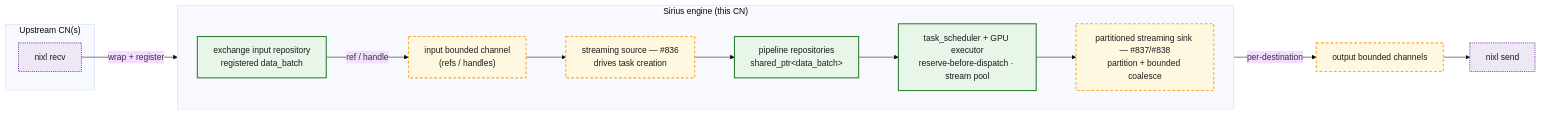
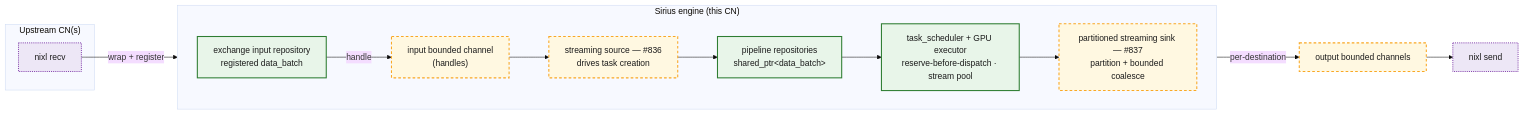
The sixth of 11 diagrams in experimental/starrocks/docs/exchange-design.md (sirius-db/sirius), drawn with Mermaid (base theme) before and after one commit. The commit also changed other lines of this file, not shown here.

First line of the commit message:
docs(starrocks): correct partition-hash regimes; settle channel ownership

````diff
--- a/experimental/starrocks/docs/exchange-design.md
+++ b/experimental/starrocks/docs/exchange-design.md
@@ -239,22 +266,22 @@
 ```mermaid
 flowchart LR
   subgraph remote["Upstream CN(s)"]
     nixlIn["nixl recv"]:::priorart
   end
   subgraph sirius["Sirius engine (this CN)"]
     direction LR
     repo["exchange input repository<br/>registered data_batch"]:::exists
-    inCh["input bounded channel<br/>(refs / handles)"]:::proposed
+    inCh["input bounded channel<br/>(handles)"]:::proposed
     src["streaming source — #836<br/>drives task creation"]:::proposed
     pipeRepo["pipeline repositories<br/>shared_ptr&lt;data_batch&gt;"]:::exists
     sched["task_scheduler + GPU executor<br/>reserve-before-dispatch · stream pool"]:::exists
-    sink["partitioned streaming sink — #837/#838<br/>partition + bounded coalesce"]:::proposed
-    repo -->|"ref / handle"| inCh --> src --> pipeRepo --> sched --> sink
+    sink["partitioned streaming sink — #837<br/>partition + bounded coalesce"]:::proposed
+    repo -->|"handle"| inCh --> src --> pipeRepo --> sched --> sink
   end
   nixlIn -->|"wrap + register"| repo
   sink -->|"per-destination"| outCh["output bounded channels"]:::proposed
   outCh --> nixlOut["nixl send"]:::priorart
   classDef exists fill:#e8f5e9,stroke:#2e7d32,stroke-width:2px,color:#1a1a1a;
   classDef proposed fill:#fff8e1,stroke:#f9a825,stroke-width:2px,stroke-dasharray:5 4,color:#1a1a1a;
   classDef priorart fill:#ede7f6,stroke:#6a1b9a,stroke-width:1.5px,stroke-dasharray:2 2,color:#1a1a1a;
 ```
````
